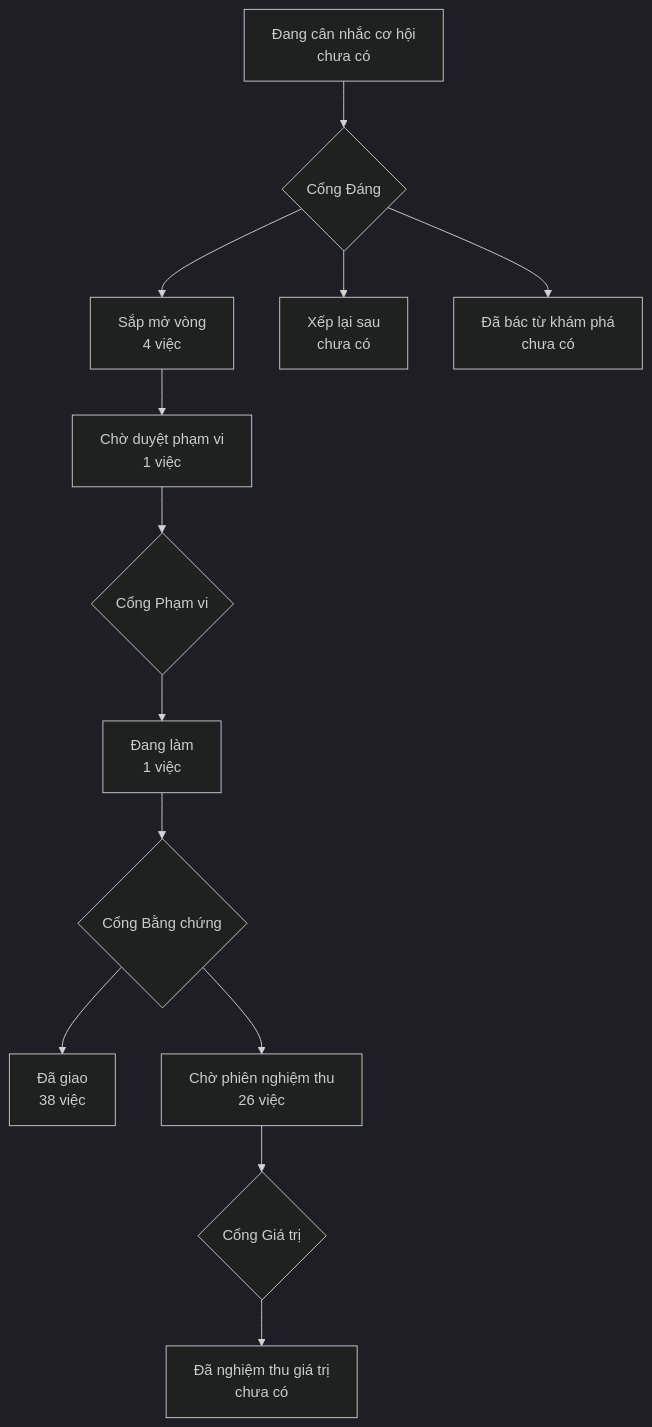
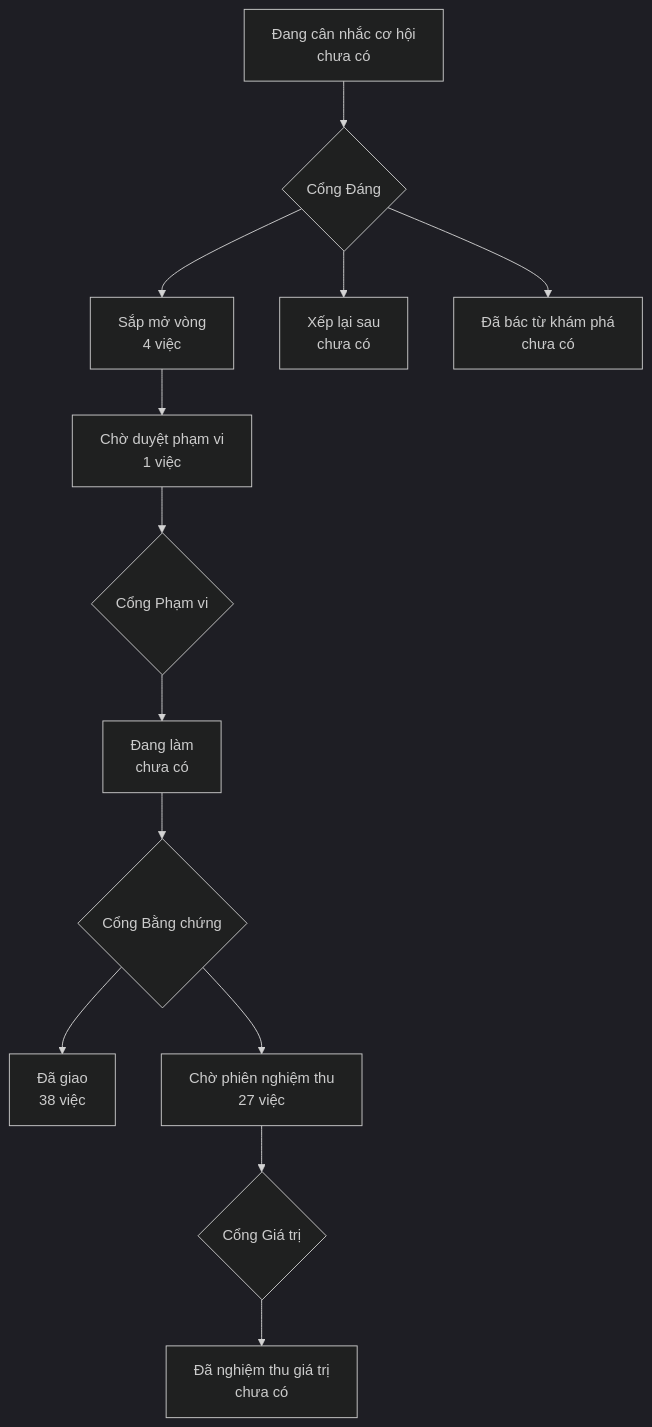
Before and after one commit to phanlemanh/onehub-invest: the diagram in PRODUCT-MAP.md, drawn with Mermaid (dark theme). The commit also changed other lines of this file and 4 other files, not shown here.

````diff
--- a/PRODUCT-MAP.md
+++ b/PRODUCT-MAP.md
@@ -7,12 +7,12 @@
 ```mermaid
 flowchart TD
   A["Đang cân nhắc cơ hội<br/>chưa có"] --> GD{"Cổng Đáng"}
   GD --> B["Sắp mở vòng<br/>4 việc"]
   GD --> XL["Xếp lại sau<br/>chưa có"]
   GD --> DB["Đã bác từ khám phá<br/>chưa có"]
   B --> CD["Chờ duyệt phạm vi<br/>1 việc"] --> GP{"Cổng Phạm vi"}
-  GP --> DL["Đang làm<br/>1 việc"] --> GB{"Cổng Bằng chứng"}
+  GP --> DL["Đang làm<br/>chưa có"] --> GB{"Cổng Bằng chứng"}
   GB --> DG["Đã giao<br/>38 việc"]
-  GB --> CN["Chờ phiên nghiệm thu<br/>26 việc"] --> GG{"Cổng Giá trị"}
+  GB --> CN["Chờ phiên nghiệm thu<br/>27 việc"] --> GG{"Cổng Giá trị"}
   GG --> NT["Đã nghiệm thu giá trị<br/>chưa có"]
 ```
````
